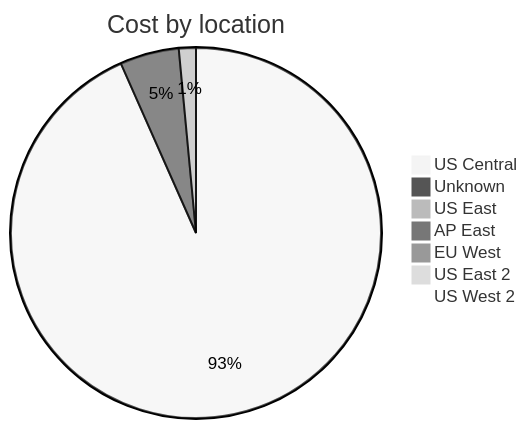
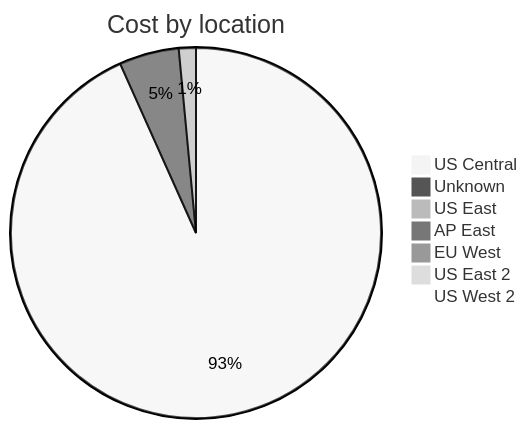
One commit to jpfulton/azure-personal-reports changed the third of 4 diagrams in cost-reports/accumulated-cost.md. Above: the diagram before and after it, drawn with Mermaid (neutral theme). The commit also changed other lines of this file and 4 other files, not shown here.

````diff
--- a/cost-reports/accumulated-cost.md
+++ b/cost-reports/accumulated-cost.md
@@ -123,11 +123,11 @@
 ```mermaid
 pie
    title Cost by location
-   "US Central" : 9.42
-   "Unknown" : 0.52
-   "US East" : 0.15
+   "US Central" : 10.02
+   "Unknown" : 0.56
+   "US East" : 0.16
    "AP East" : 0.00
    "EU West" : 0.00
    "US East 2" : 0.00
    "US West 2" : 0.00
 ```
````
